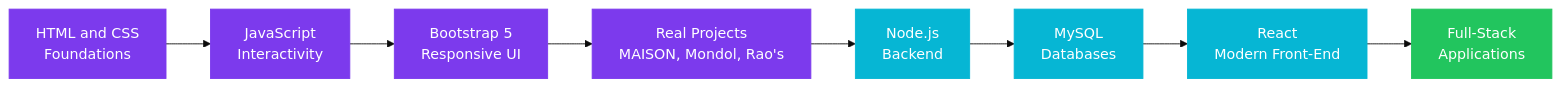
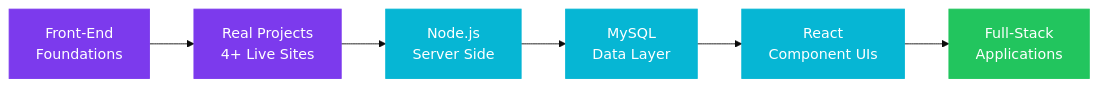
One commit to sweetkutub-svg/sweetkutub-svg changed the second of 2 diagrams in README.md. Above: the diagram before and after it, drawn with Mermaid (base theme). The commit also changed other lines of this file, not shown here.

````diff
--- a/README.md
+++ b/README.md
@@ -373,19 +581,15 @@
 ```mermaid
 flowchart LR
-    A["HTML and CSS<br/>Foundations"] --> B["JavaScript<br/>Interactivity"]
-    B --> C["Bootstrap 5<br/>Responsive UI"]
-    C --> D["Real Projects<br/>MAISON, Mondol, Rao's"]
-    D --> E["Node.js<br/>Backend"]
-    E --> F["MySQL<br/>Databases"]
-    F --> G["React<br/>Modern Front-End"]
-    G --> H["Full-Stack<br/>Applications"]
+    A["Front-End<br/>Foundations"] --> B["Real Projects<br/>4+ Live Sites"]
+    B --> C["Node.js<br/>Server Side"]
+    C --> D["MySQL<br/>Data Layer"]
+    D --> E["React<br/>Component UIs"]
+    E --> F["Full-Stack<br/>Applications"]
 
     style A fill:#7C3AED,stroke:#7C3AED,color:#fff
     style B fill:#7C3AED,stroke:#7C3AED,color:#fff
-    style C fill:#7C3AED,stroke:#7C3AED,color:#fff
-    style D fill:#7C3AED,stroke:#7C3AED,color:#fff
+    style C fill:#06B6D4,stroke:#06B6D4,color:#fff
+    style D fill:#06B6D4,stroke:#06B6D4,color:#fff
     style E fill:#06B6D4,stroke:#06B6D4,color:#fff
-    style F fill:#06B6D4,stroke:#06B6D4,color:#fff
-    style G fill:#06B6D4,stroke:#06B6D4,color:#fff
-    style H fill:#22C55E,stroke:#22C55E,color:#fff
+    style F fill:#22C55E,stroke:#22C55E,color:#fff
 ```
````
